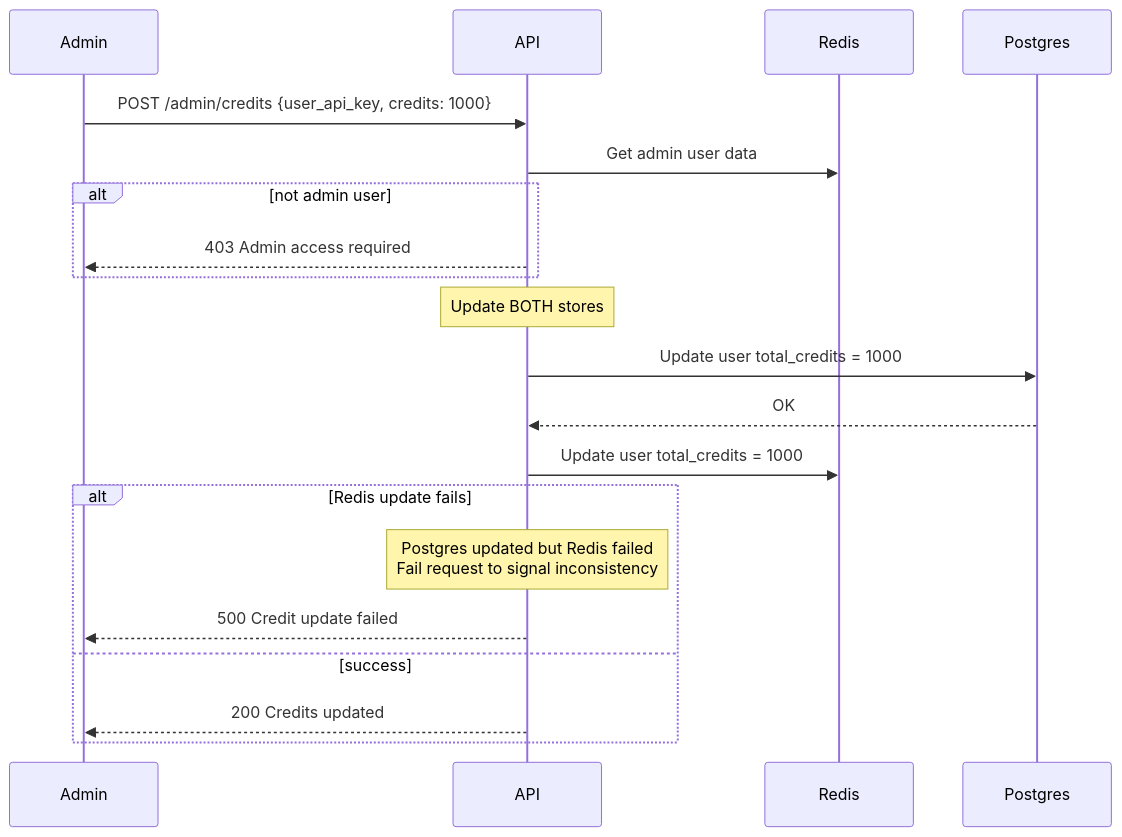
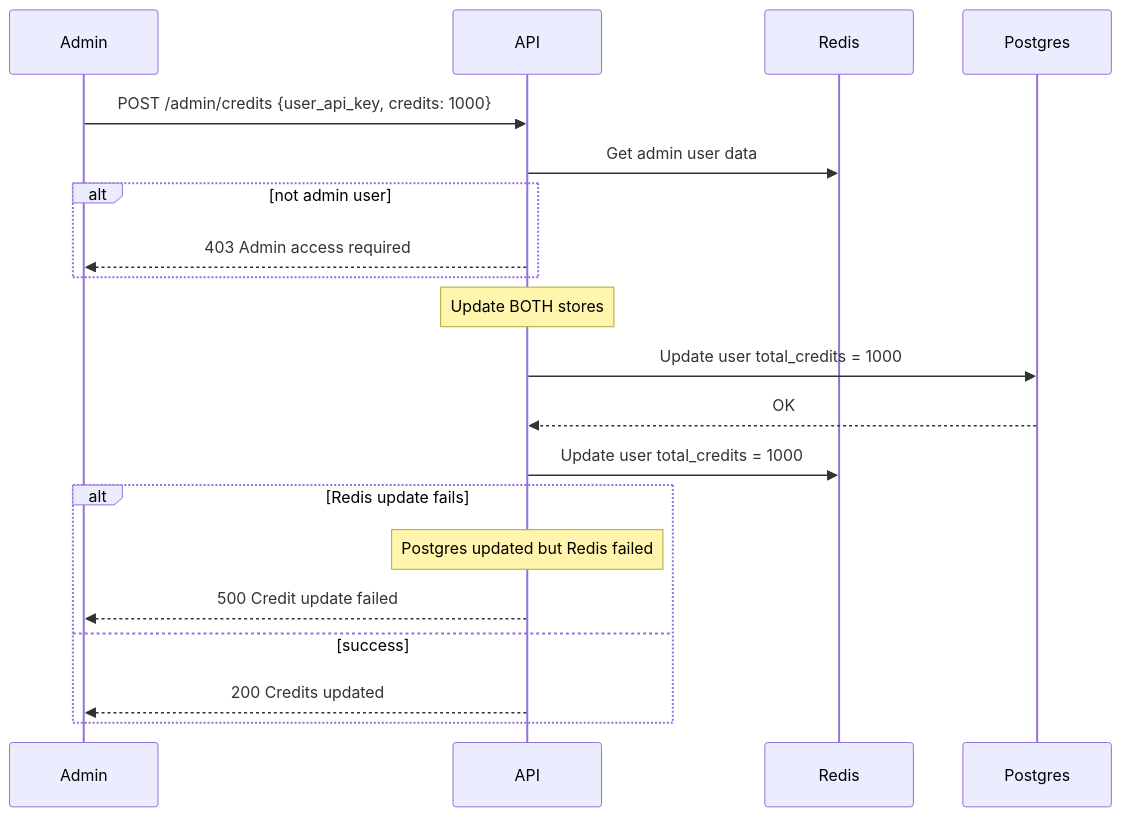
Before and after one commit to aregmii/celery-api-quickstart: the fourth of 4 diagrams in README.md, drawn with Mermaid. The commit also changed other lines of this file and 2 other files, not shown here.

Commit message:
optimizations and update sequence diagram

````diff
--- a/README.md
+++ b/README.md
@@ -328,29 +365,29 @@
 ```mermaid
 sequenceDiagram
     participant Admin
     participant API
     participant Redis
     participant Postgres
 
     Admin->>API: POST /admin/credits {user_api_key, credits: 1000}
 
     API->>Redis: Get admin user data
 
     alt not admin user
         API-->>Admin: 403 Admin access required
     end
 
     Note over API: Update BOTH stores
 
     API->>Postgres: Update user total_credits = 1000
     Postgres-->>API: OK
 
     API->>Redis: Update user total_credits = 1000
 
     alt Redis update fails
-        Note over API: Postgres updated but Redis failed<br/>Fail request to signal inconsistency
+        Note over API: Postgres updated but Redis failed
         API-->>Admin: 500 Credit update failed
     else success
         API-->>Admin: 200 Credits updated
     end
 ```
````
